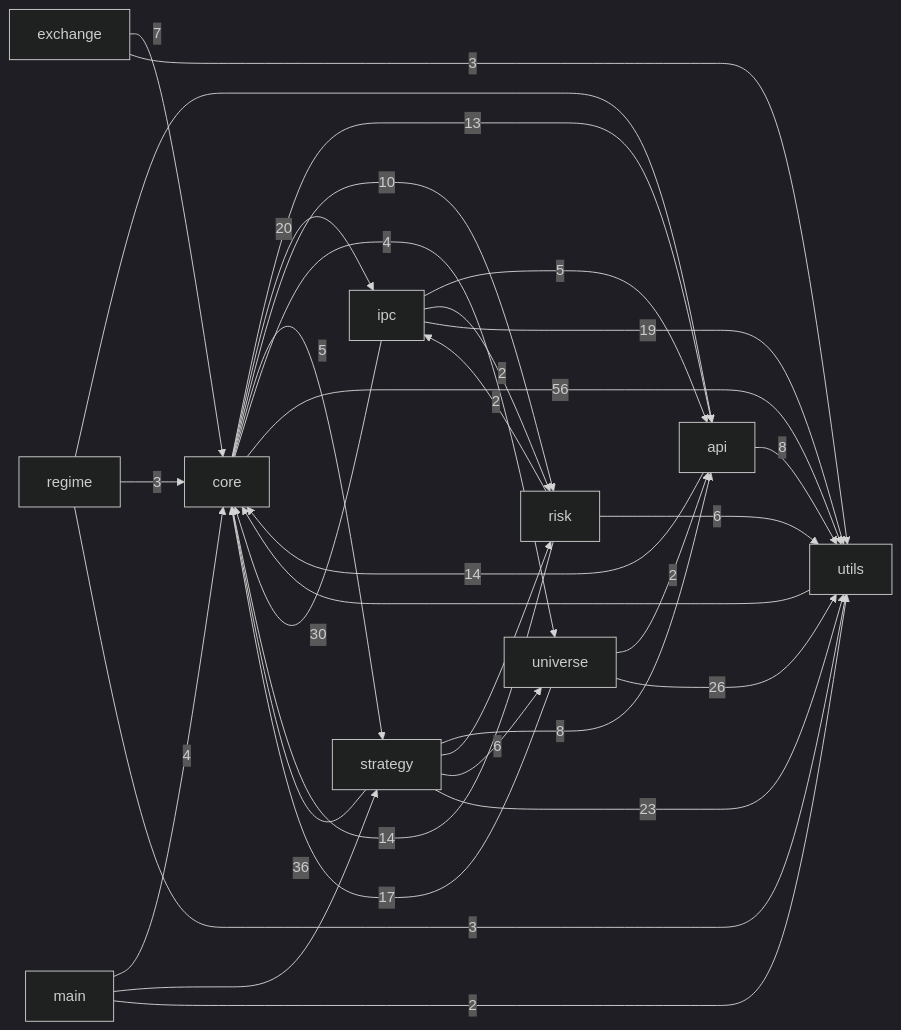
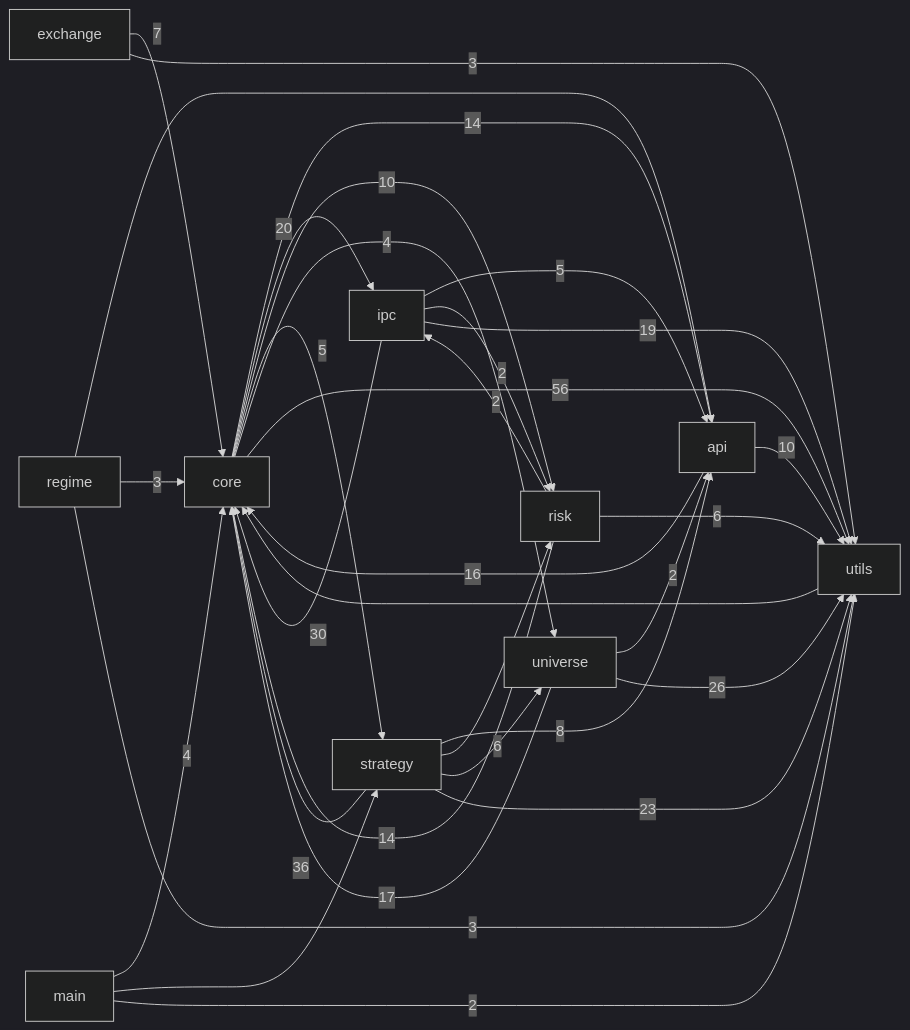
Before and after one commit to pypy8171/Quant: the first of 3 diagrams in docs/CODE_GRAPH.md, drawn with Mermaid (dark theme). The commit also changed other lines of this file and 14 other files, not shown here.

````diff
--- a/docs/CODE_GRAPH.md
+++ b/docs/CODE_GRAPH.md
@@ -10,45 +10,45 @@
 ```mermaid
 graph LR
   main[main]
   core[core]
   strategy[strategy]
   api[api]
   universe[universe]
   risk[risk]
   ipc[ipc]
   utils[utils]
   exchange[exchange]
   regime[regime]
-  api -->|14| core
-  api -->|8| utils
-  core -->|13| api
+  api -->|16| core
+  api -->|10| utils
+  core -->|14| api
   core -->|20| ipc
   core -->|10| risk
   core -->|5| strategy
   core -->|4| universe
   core -->|56| utils
   exchange -->|7| core
   exchange -->|3| utils
   ipc -->|5| api
   ipc -->|30| core
   ipc -->|2| risk
   ipc -->|19| utils
   main -->|4| core
   main --> strategy
   main -->|2| utils
   regime --> api
   regime -->|3| core
   regime -->|3| utils
   risk -->|14| core
   risk -->|2| ipc
   risk -->|6| utils
   strategy -->|8| api
   strategy -->|36| core
   strategy --> risk
   strategy -->|6| universe
   strategy -->|23| utils
   universe -->|2| api
   universe -->|17| core
   universe -->|26| utils
   utils --> core
 ```
````
